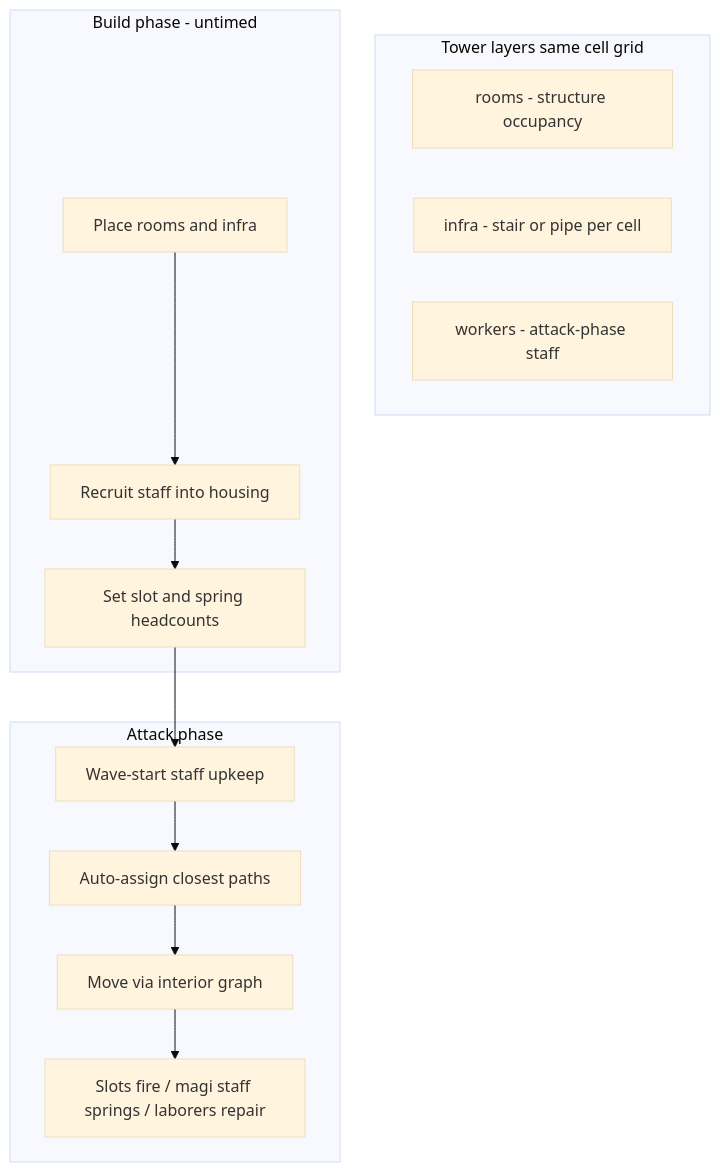
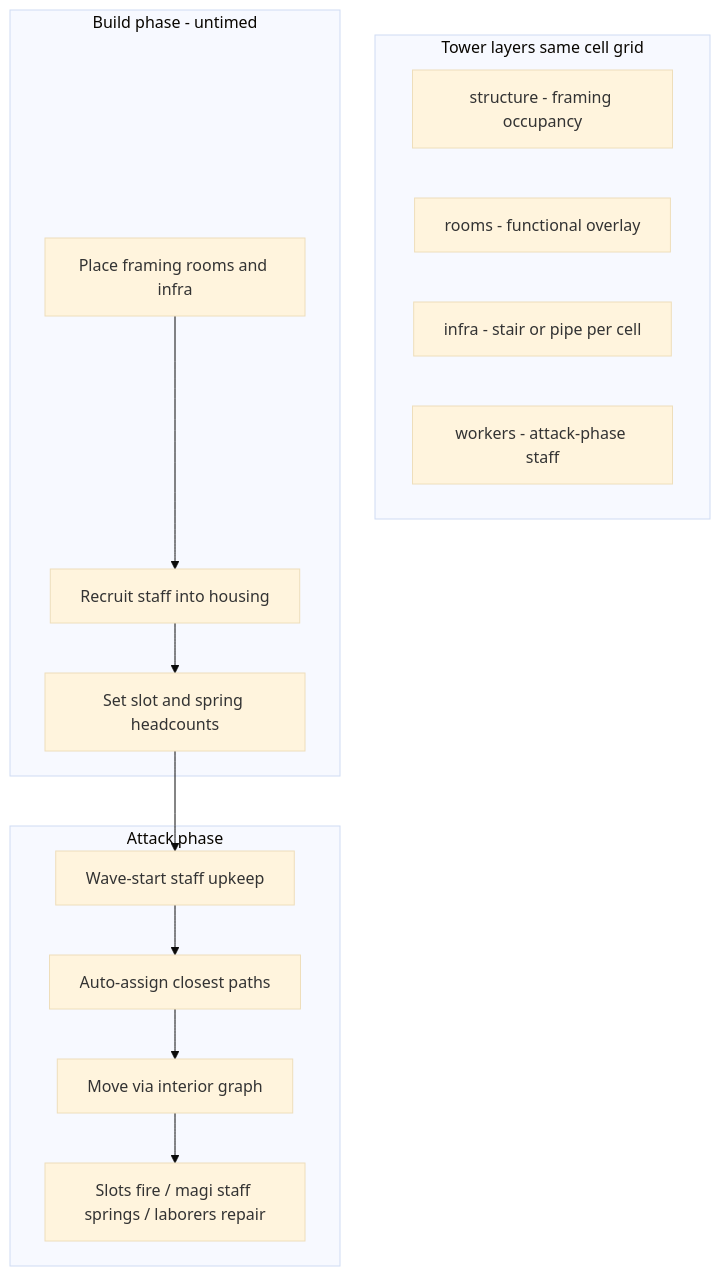
Before and after one commit to katerberg/wizard-tower-builder: the third of 3 diagrams in README.md, drawn with Mermaid (base theme). The commit also changed other lines of this file and 41 other files, not shown here.

First line of the commit message:
Split buildings into structure framing vs room overlays.

````diff
--- a/README.md
+++ b/README.md
@@ -221,21 +226,22 @@
 ```mermaid
 flowchart TB
   subgraph layers [Tower layers same cell grid]
-    R[rooms - structure occupancy]
+    S[structure - framing occupancy]
+    R[rooms - functional overlay]
     I[infra - stair or pipe per cell]
     W[workers - attack-phase staff]
   end
   subgraph build [Build phase - untimed]
-    P[Place rooms and infra]
+    P[Place framing rooms and infra]
     Rec[Recruit staff into housing]
     Alloc[Set slot and spring headcounts]
   end
   subgraph attack [Attack phase]
     Pay[Wave-start staff upkeep]
     Route[Auto-assign closest paths]
     Move[Move via interior graph]
     Work[Slots fire / magi staff springs / laborers repair]
   end
   P --> Rec --> Alloc
   Alloc --> Pay --> Route --> Move --> Work
 ```
````
